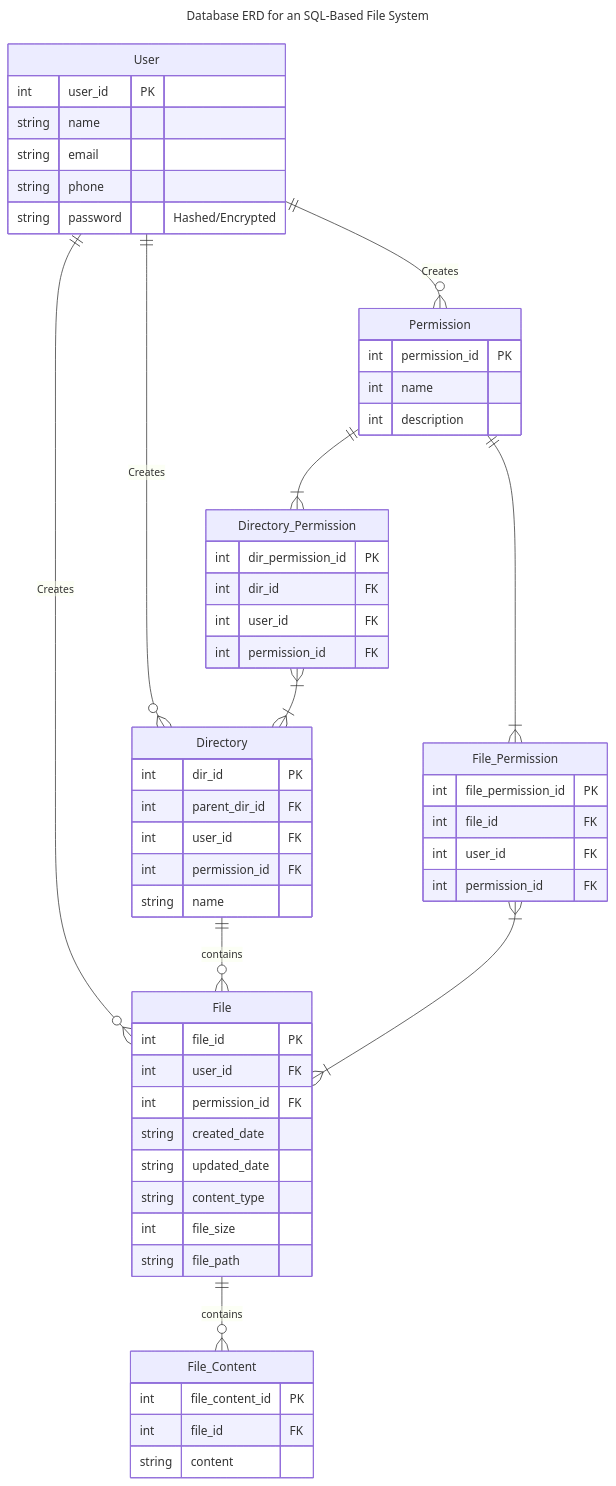
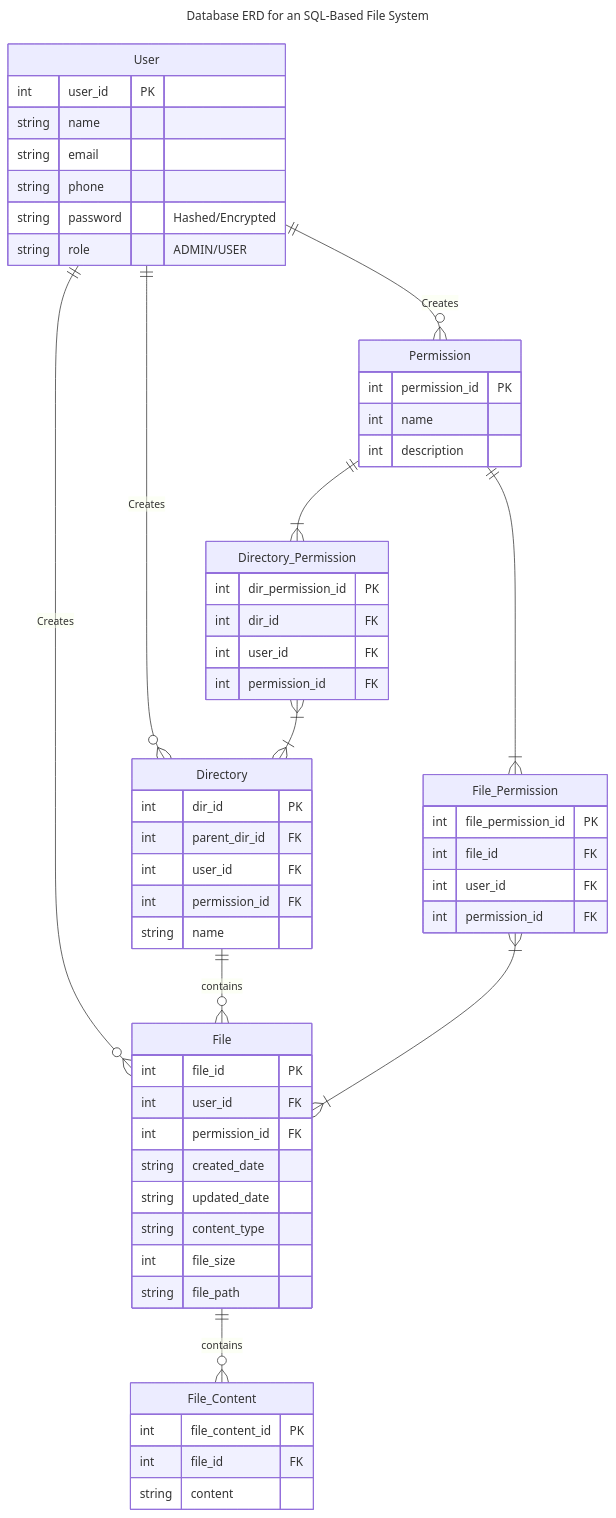
One commit to amdy87/MySQL-Filesystem changed the second of 5 diagrams in README.md. Above: the diagram before and after it, drawn with Mermaid. The commit also changed other lines of this file, not shown here.

Commit message:
Modify er diagram and class diagram

````diff
--- a/README.md
+++ b/README.md
@@ -110,71 +110,72 @@
 ```mermaid
 ---
 title: Database ERD for an SQL-Based File System
 ---
 
 erDiagram
     User ||--o{ File : "Creates"
     User ||--o{ Directory: "Creates"
     User ||--o{ Permission: "Creates"
     Directory ||--o{ File : "contains"
     File ||--o{ File_Content : "contains"
     Permission ||--|{ File_Permission: ""
     Permission ||--|{ Directory_Permission: ""
     File_Permission }|--|{ File: ""
     Directory_Permission }|--|{ Directory: ""
 
     User {
         int user_id PK
         string name
         string email
         string phone
         string password "Hashed/Encrypted"
+        string role "ADMIN/USER"
     }
 
     Permission {
         int permission_id PK
         int name
         int description
     }
 
     File {
         int file_id PK
         int user_id FK
         int permission_id FK
         string created_date
         string updated_date
         string content_type
         int file_size
         string file_path
     }
     File_Permission {
         int file_permission_id PK
         int file_id FK
         int user_id FK
         int permission_id FK
     }
     
     Directory_Permission {
         int dir_permission_id PK
         int dir_id FK
         int user_id FK
         int permission_id FK
     }
 
     Directory {
         int dir_id PK
         int parent_dir_id FK
         int user_id FK
         int permission_id FK
         string name
     }
 
     File_Content {
         int file_content_id PK
         int file_id FK
         string content
     }
 
 
 
 ```
````
